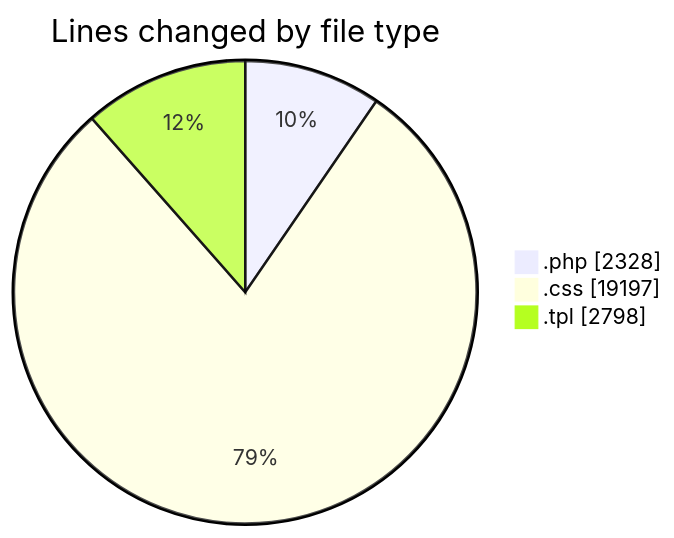
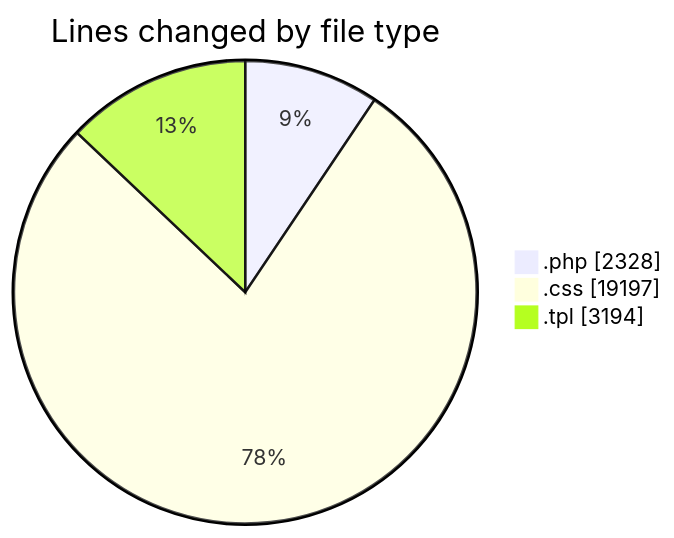
The first of 2 diagrams in 2025-03-23/zeytoon/README.md (vahidmafi/code-tracking), drawn with Mermaid before and after one commit. The commit also changed other lines of this file and 1 other file, not shown here.

````diff
--- a/2025-03-23/zeytoon/README.md
+++ b/2025-03-23/zeytoon/README.md
@@ -26,7 +27,7 @@
 ```mermaid
 pie showData
 title Lines changed by file type
 ".php" : 2328
 ".css" : 19197
-".tpl" : 2798
+".tpl" : 3194
 ```
````
